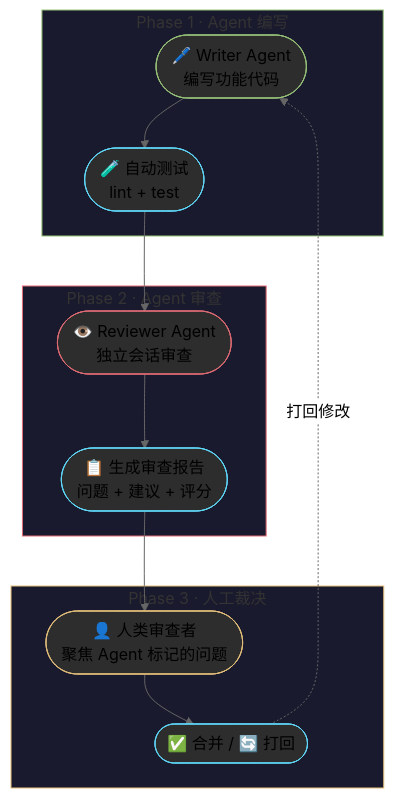
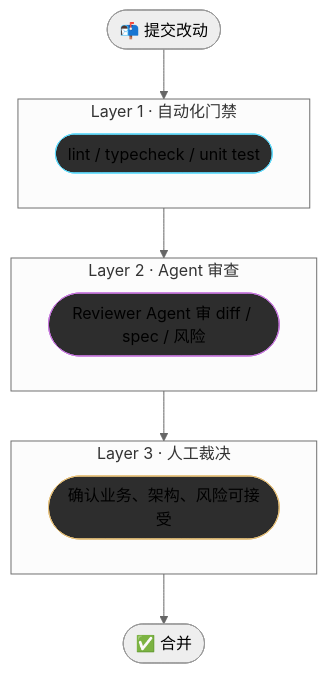
Before and after one commit to zht043/AgenticCodingTutorial: the second of 3 diagrams in docs/chapters/ch12-code-review.md, drawn with Mermaid (neutral theme). The commit also changed other lines of this file and 69 other files, not shown here.

Commit message:
optimize docs and add mermaid validation

````diff
--- a/docs/chapters/ch12-code-review.md
+++ b/docs/chapters/ch12-code-review.md
@@ -71,29 +48,20 @@
 ```mermaid
 flowchart TB
-    classDef writer fill:#2d2d2d,stroke:#98c379
-    classDef reviewer fill:#2d2d2d,stroke:#e06c75
+    classDef auto fill:#2d2d2d,stroke:#61dafb
+    classDef agent fill:#2d2d2d,stroke:#c678dd
     classDef human fill:#2d2d2d,stroke:#e5c07b
-    classDef action fill:#2d2d2d,stroke:#61dafb
 
-    subgraph PHASE1["Phase 1 · Agent 编写"]
-        W1(["🖊️ Writer Agent<br/>编写功能代码"]):::writer
-        W2(["🧪 自动测试<br/>lint + test"]):::action
+    PR(["📬 提交改动"]) --> L1 --> L2 --> L3 --> Done(["✅ 合并"])
+
+    subgraph L1["Layer 1 · 自动化门禁"]
+        A1(["lint / typecheck / unit test"]):::auto
     end
 
-    subgraph PHASE2["Phase 2 · Agent 审查"]
-        R1(["👁️ Reviewer Agent<br/>独立会话审查"]):::reviewer
-        R2(["📋 生成审查报告<br/>问题 + 建议 + 评分"]):::action
+    subgraph L2["Layer 2 · Agent 审查"]
+        A2(["Reviewer Agent 审 diff / spec / 风险"]):::agent
     end
 
-    subgraph PHASE3["Phase 3 · 人工裁决"]
-        H1(["👤 人类审查者<br/>聚焦 Agent 标记的问题"]):::human
-        H2(["✅ 合并 / 🔄 打回"]):::action
+    subgraph L3["Layer 3 · 人工裁决"]
+        A3(["确认业务、架构、风险可接受"]):::human
     end
-
-    W1 --> W2 --> R1 --> R2 --> H1 --> H2
-    H2 -.->|"打回修改"| W1
-
-    style PHASE1 fill:#1a1a2e,stroke:#98c379
-    style PHASE2 fill:#1a1a2e,stroke:#e06c75
-    style PHASE3 fill:#1a1a2e,stroke:#e5c07b
 ```
````
